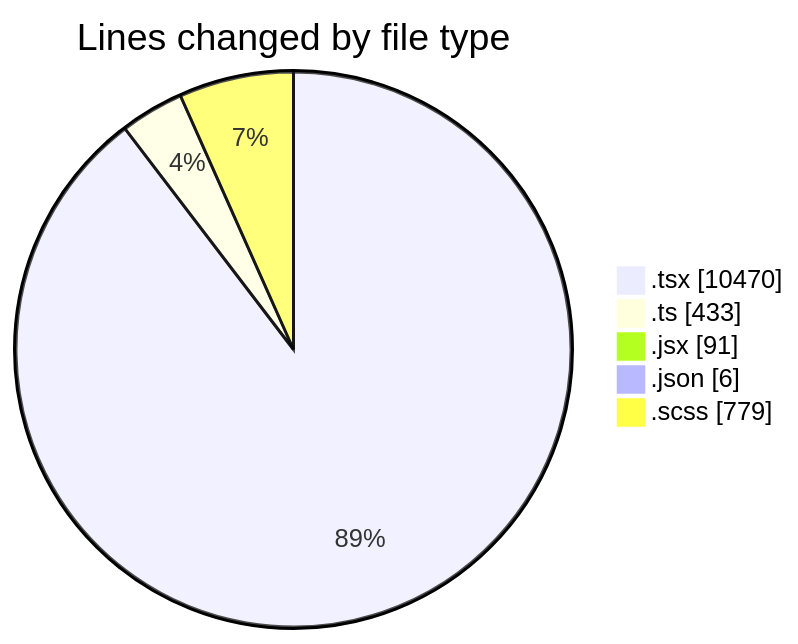
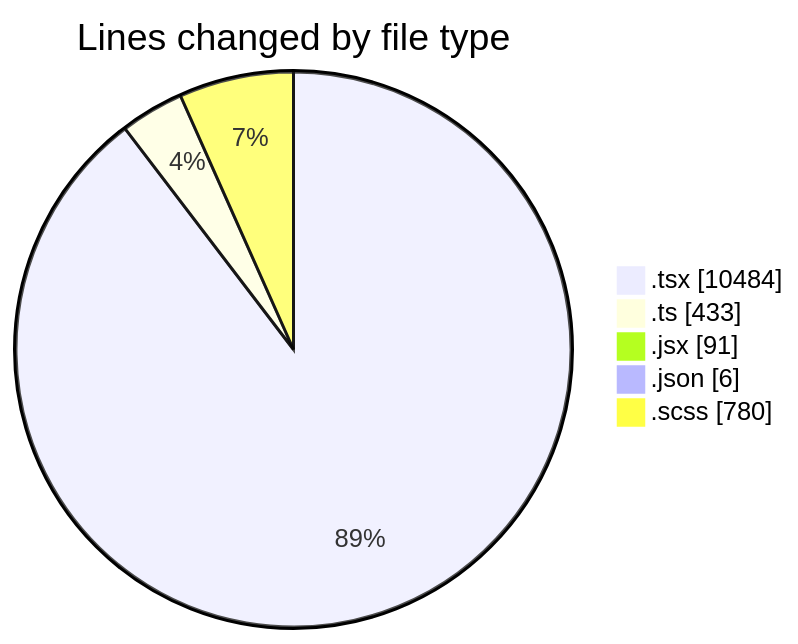
Before and after one commit to momahboobian/code-tracking: the first of 2 diagrams in 2026-04-27/cda/README.md, drawn with Mermaid. The commit also changed other lines of this file and 1 other file, not shown here.

````diff
--- a/2026-04-27/cda/README.md
+++ b/2026-04-27/cda/README.md
@@ -56,9 +56,9 @@
 ```mermaid
 pie showData
 title Lines changed by file type
-".tsx" : 10470
+".tsx" : 10484
 ".ts" : 433
 ".jsx" : 91
 ".json" : 6
-".scss" : 779
+".scss" : 780
 ```
````
